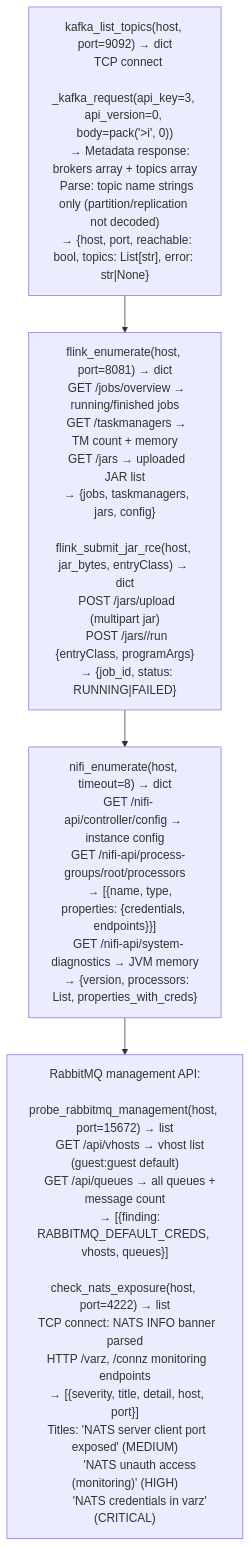
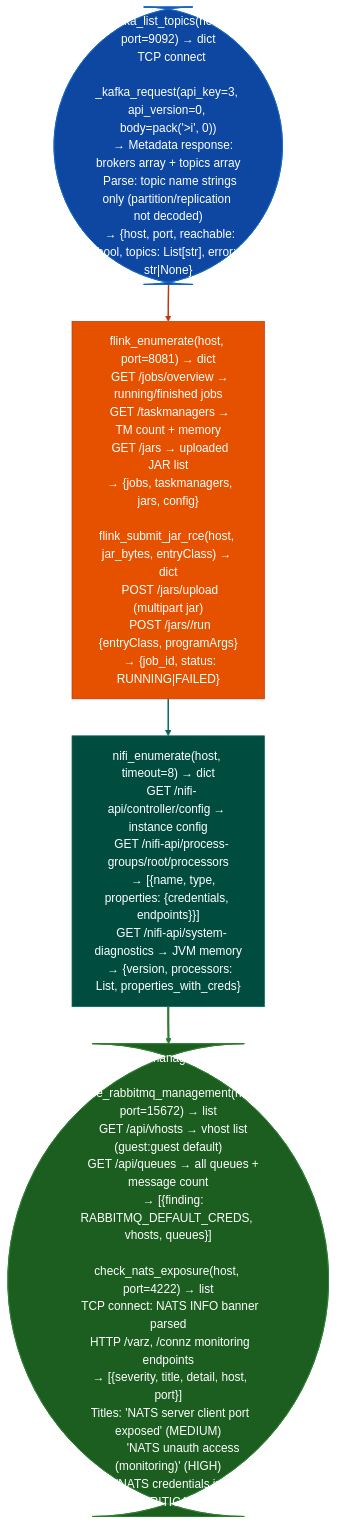
Before and after one commit to Ablation-Tool/ablation: the diagram in docs/reference-modules/messaging-streaming-enumeration.md, drawn with Mermaid. The commit also changed 320 other files, not shown here.

First line of the commit message:
docs: apply canonical Mermaid template to all 321 diagrams

````diff
--- a/docs/reference-modules/messaging-streaming-enumeration.md
+++ b/docs/reference-modules/messaging-streaming-enumeration.md
@@ -19,6 +19,15 @@
 ```mermaid
 flowchart TD
-    A["kafka_list_topics(host, port=9092) → dict\n  TCP connect\n  _kafka_request(api_key=3, api_version=0, body=pack('>i', 0))\n    → Metadata response: brokers array + topics array\n  Parse: topic name strings only (partition/replication not decoded)\n  → {host, port, reachable: bool, topics: List[str], error: str|None}"] --> B["flink_enumerate(host, port=8081) → dict\n  GET /jobs/overview → running/finished jobs\n  GET /taskmanagers → TM count + memory\n  GET /jars → uploaded JAR list\n  → {jobs, taskmanagers, jars, config}\n\nflink_submit_jar_rce(host, jar_bytes, entryClass) → dict\n  POST /jars/upload (multipart jar)\n  POST /jars/<id>/run {entryClass, programArgs}\n  → {job_id, status: RUNNING|FAILED}"]
-    B --> C["nifi_enumerate(host, timeout=8) → dict\n  GET /nifi-api/controller/config → instance config\n  GET /nifi-api/process-groups/root/processors\n    → [{name, type, properties: {credentials, endpoints}}]\n  GET /nifi-api/system-diagnostics → JVM memory\n  → {version, processors: List, properties_with_creds}"]
-    C --> D["RabbitMQ management API:\n  probe_rabbitmq_management(host, port=15672) → list\n    GET /api/vhosts → vhost list (guest:guest default)\n    GET /api/queues → all queues + message count\n    → [{finding: RABBITMQ_DEFAULT_CREDS, vhosts, queues}]\n\ncheck_nats_exposure(host, port=4222) → list\n  TCP connect: NATS INFO banner parsed\n  HTTP /varz, /connz monitoring endpoints\n  → [{severity, title, detail, host, port}]\n  Titles: 'NATS server client port exposed' (MEDIUM)\n          'NATS unauth access (monitoring)' (HIGH)\n          'NATS credentials in varz' (CRITICAL)"]
+    A(["kafka_list_topics(host, port=9092) → dict\n  TCP connect\n  _kafka_request(api_key=3, api_version=0, body=pack('>i', 0))\n    → Metadata response: brokers array + topics array\n  Parse: topic name strings only (partition/replication not decoded)\n  → {host, port, reachable: bool, topics: List[str], error: str|None}"]):::input --> B["flink_enumerate(host, port=8081) → dict\n  GET /jobs/overview → running/finished jobs\n  GET /taskmanagers → TM count + memory\n  GET /jars → uploaded JAR list\n  → {jobs, taskmanagers, jars, config}\n\nflink_submit_jar_rce(host, jar_bytes, entryClass) → dict\n  POST /jars/upload (multipart jar)\n  POST /jars/<id>/run {entryClass, programArgs}\n  → {job_id, status: RUNNING|FAILED}"]:::primary
+    B:::primary --> C["nifi_enumerate(host, timeout=8) → dict\n  GET /nifi-api/controller/config → instance config\n  GET /nifi-api/process-groups/root/processors\n    → [{name, type, properties: {credentials, endpoints}}]\n  GET /nifi-api/system-diagnostics → JVM memory\n  → {version, processors: List, properties_with_creds}"]:::secondary
+    C:::secondary --> D(["RabbitMQ management API:\n  probe_rabbitmq_management(host, port=15672) → list\n    GET /api/vhosts → vhost list (guest:guest default)\n    GET /api/queues → all queues + message count\n    → [{finding: RABBITMQ_DEFAULT_CREDS, vhosts, queues}]\n\ncheck_nats_exposure(host, port=4222) → list\n  TCP connect: NATS INFO banner parsed\n  HTTP /varz, /connz monitoring endpoints\n  → [{severity, title, detail, host, port}]\n  Titles: 'NATS server client port exposed' (MEDIUM)\n          'NATS unauth access (monitoring)' (HIGH)\n          'NATS credentials in varz' (CRITICAL)"]):::output
+    classDef input     fill:#0d47a1,stroke:#1565c0,color:#fff
+    classDef primary   fill:#e65100,stroke:#bf360c,color:#fff
+    classDef secondary fill:#004d40,stroke:#00695c,color:#fff
+    classDef tertiary  fill:#4a148c,stroke:#6a1b9a,color:#fff
+    classDef neutral   fill:#37474f,stroke:#546e7a,color:#fff
+    classDef output    fill:#1b5e20,stroke:#2e7d32,color:#fff
+    linkStyle 0 stroke:#bf360c,stroke-width:2px
+    linkStyle 1 stroke:#00695c,stroke-width:2px
+    linkStyle 2 stroke:#2e7d32,stroke-width:3px
 ```
````
